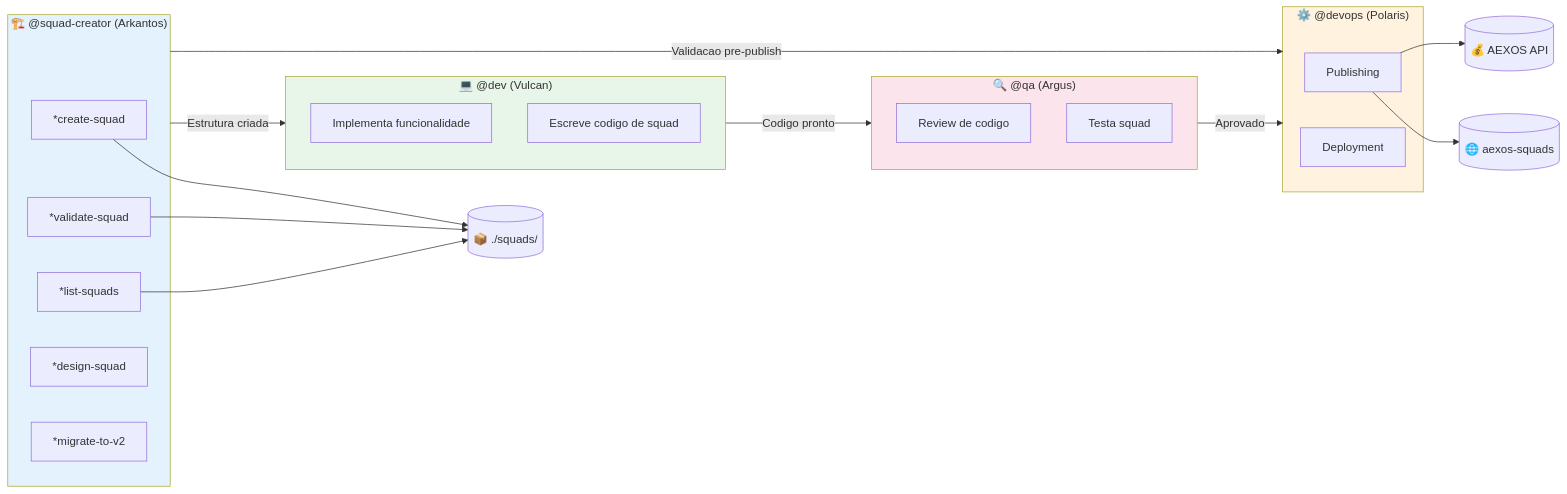
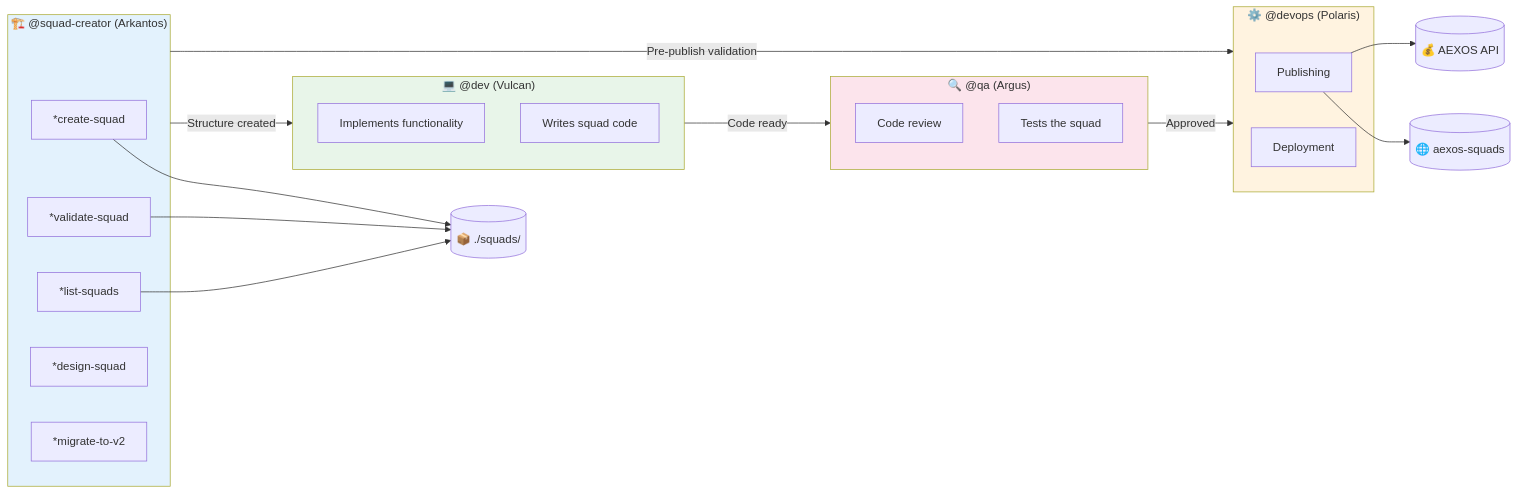
Before and after one commit to CyryxLabs/AEXOS: the fifth of 6 diagrams in docs/guides/agents/SQUAD-CREATOR-SYSTEM.md, drawn with Mermaid. The commit also changed other lines of this file and 528 other files, not shown here.

````diff
--- a/docs/guides/agents/SQUAD-CREATOR-SYSTEM.md
+++ b/docs/guides/agents/SQUAD-CREATOR-SYSTEM.md
@@ -427,45 +427,45 @@
 ```mermaid
 flowchart LR
     subgraph SQUAD_CREATOR["🏗️ @squad-creator (Arkantos)"]
         SC_CREATE["*create-squad"]
         SC_VALIDATE["*validate-squad"]
         SC_LIST["*list-squads"]
         SC_DESIGN["*design-squad"]
         SC_MIGRATE["*migrate-to-v2"]
     end
 
     subgraph DEV["💻 @dev (Vulcan)"]
-        DEV_IMPL["Implementa funcionalidade"]
-        DEV_CODE["Escreve codigo de squad"]
+        DEV_IMPL["Implements functionality"]
+        DEV_CODE["Writes squad code"]
     end
 
     subgraph QA["🔍 @qa (Argus)"]
-        QA_REVIEW["Review de codigo"]
-        QA_TEST["Testa squad"]
+        QA_REVIEW["Code review"]
+        QA_TEST["Tests the squad"]
     end
 
     subgraph DEVOPS["⚙️ @devops (Polaris)"]
         DEVOPS_PUB["Publishing"]
         DEVOPS_DEPLOY["Deployment"]
     end
 
-    SQUAD_CREATOR -->|"Estrutura criada"| DEV
-    DEV -->|"Codigo pronto"| QA
-    QA -->|"Aprovado"| DEVOPS
-    SQUAD_CREATOR -->|"Validacao pre-publish"| DEVOPS
+    SQUAD_CREATOR -->|"Structure created"| DEV
+    DEV -->|"Code ready"| QA
+    QA -->|"Approved"| DEVOPS
+    SQUAD_CREATOR -->|"Pre-publish validation"| DEVOPS
 
     SQUADS[("📦 ./squads/")]
     AEXOS_SQUADS[("🌐 aexos-squads")]
     AEXOS[("💰 AEXOS API")]
 
     SC_CREATE --> SQUADS
     SC_VALIDATE --> SQUADS
     SC_LIST --> SQUADS
     DEVOPS_PUB --> AEXOS_SQUADS
     DEVOPS_PUB --> AEXOS
 
     style SQUAD_CREATOR fill:#e3f2fd
     style DEV fill:#e8f5e9
     style QA fill:#fce4ec
     style DEVOPS fill:#fff3e0
 ```
````
